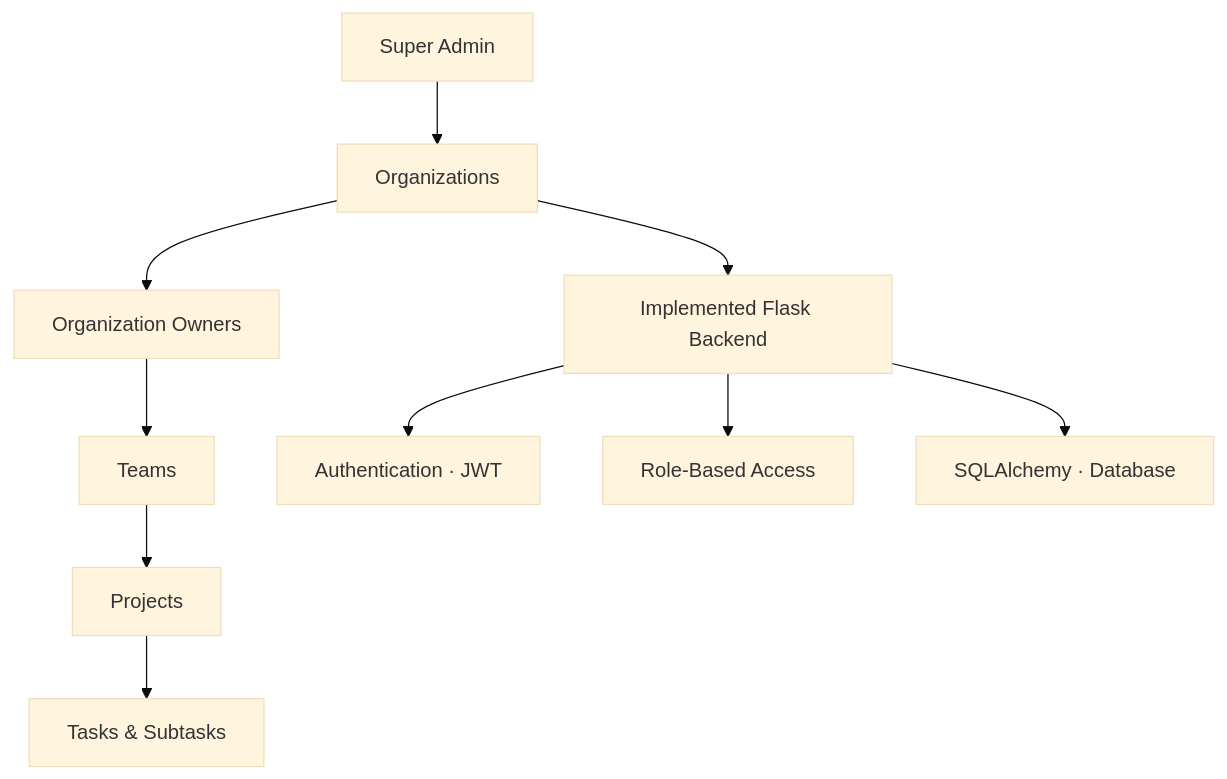
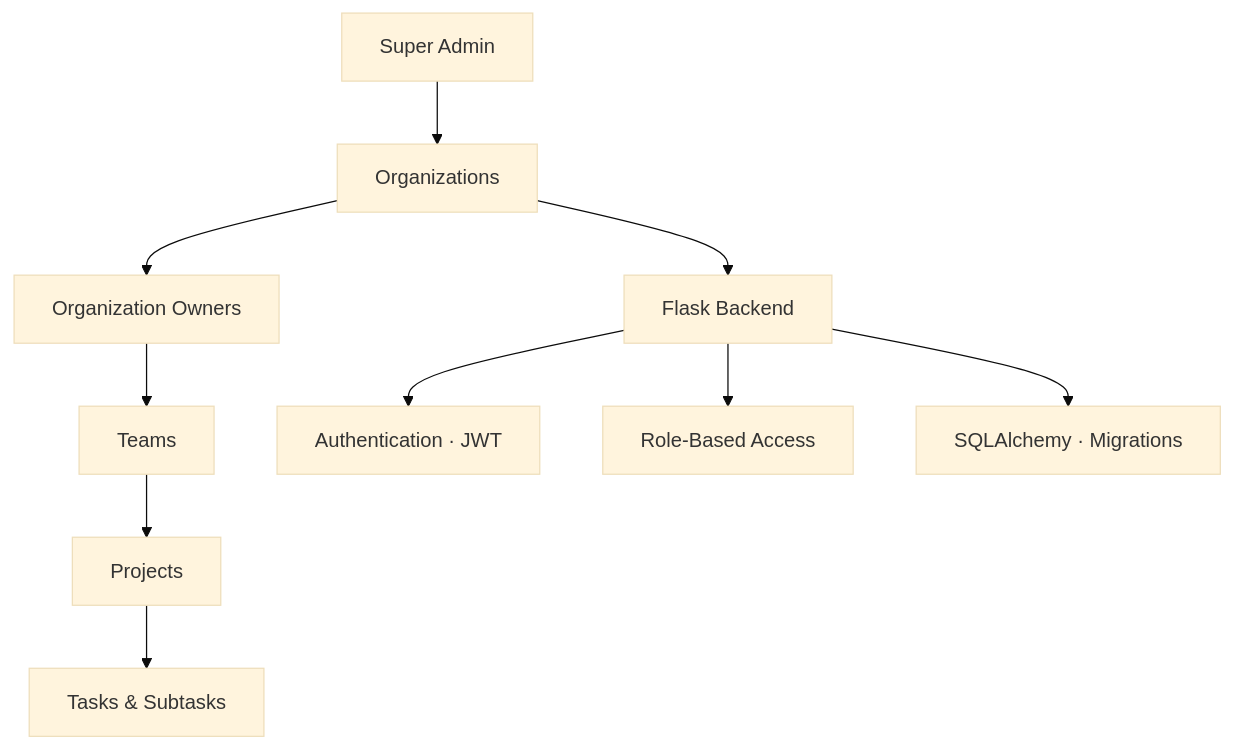
The fifth of 5 diagrams in README.md (Awab7-ux/Awab7-ux), drawn with Mermaid (base theme) before and after one commit. The commit also changed other lines of this file, not shown here.

````diff
--- a/README.md
+++ b/README.md
@@ -233,13 +196,12 @@
 ```mermaid
 flowchart TD
-    SA["Super Admin"]
-    SA --> ORG["Organizations"]
+    SA["Super Admin"] --> ORG["Organizations"]
     ORG --> OWNER["Organization Owners"]
     OWNER --> TEAM["Teams"]
     TEAM --> PROJECT["Projects"]
     PROJECT --> TASK["Tasks & Subtasks"]
-    ORG --> BACK["Implemented Flask Backend"]
+    ORG --> BACK["Flask Backend"]
     BACK --> AUTH["Authentication · JWT"]
     BACK --> RBAC["Role-Based Access"]
-    BACK --> DB["SQLAlchemy · Database"]
+    BACK --> DB["SQLAlchemy · Migrations"]
 ```
````
